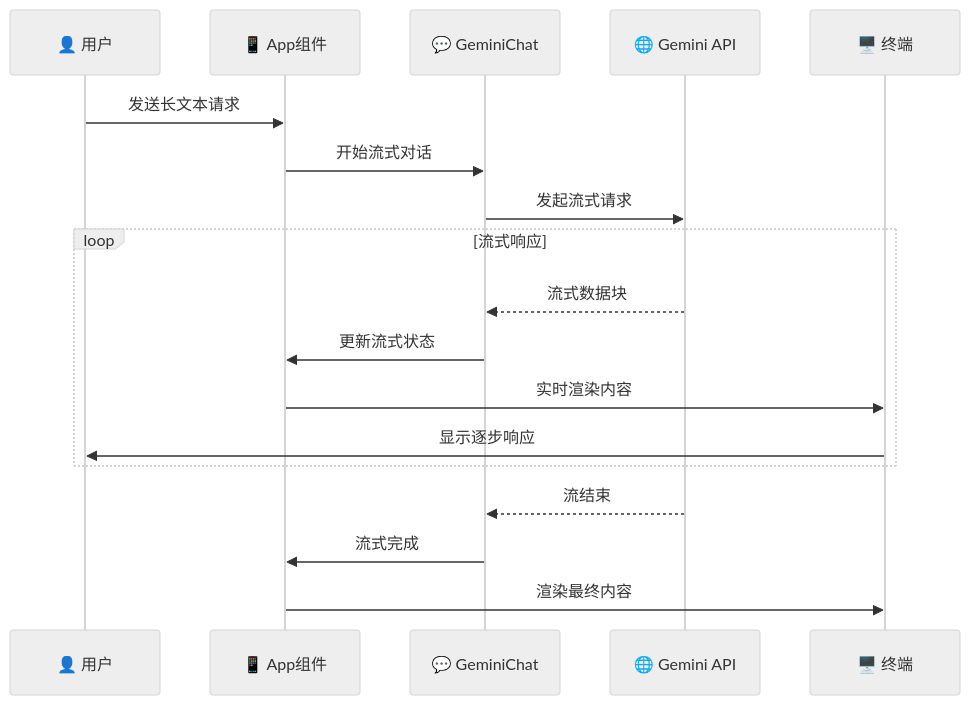
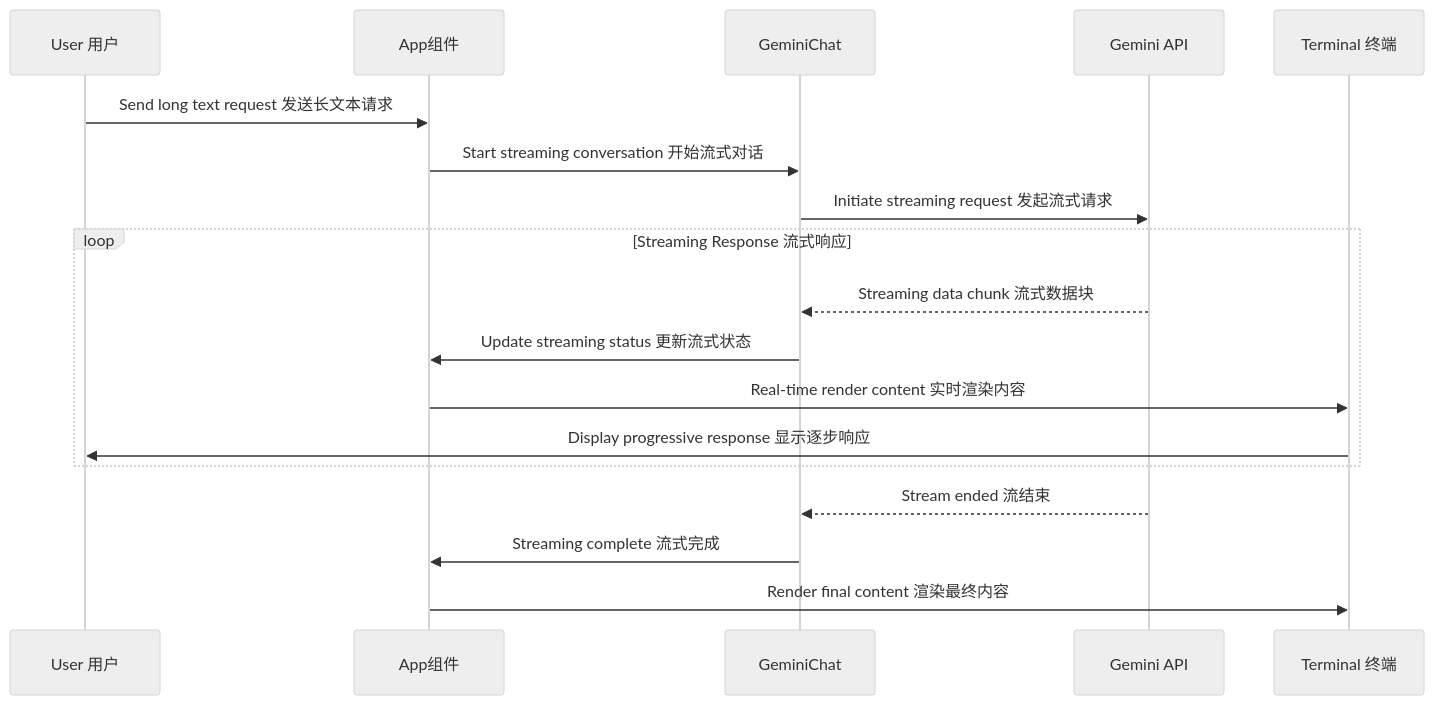
One commit to zhuangbiaowei/vitepress-ospo-writing-project changed the fifth of 6 diagrams in docs/articles/gemini-cli-user-interaction-sequence.md. Above: the diagram before and after it, drawn with Mermaid (neutral theme). The commit also changed other lines of this file and 128 other files, not shown here.

````diff
--- a/docs/articles/gemini-cli-user-interaction-sequence.md
+++ b/docs/articles/gemini-cli-user-interaction-sequence.md
@@ -185,23 +185,23 @@
 ```mermaid
 sequenceDiagram
-    participant User as 👤 用户
-    participant App as 📱 App组件
-    participant Chat as 💬 GeminiChat
-    participant GeminiAPI as 🌐 Gemini API
-    participant Terminal as 🖥️ 终端
+    participant User as User 用户
+    participant App as App组件
+    participant Chat as GeminiChat
+    participant GeminiAPI as Gemini API
+    participant Terminal as Terminal 终端
 
-    User->>App: 发送长文本请求
-    App->>Chat: 开始流式对话
-    Chat->>GeminiAPI: 发起流式请求
+    User->>App: Send long text request 发送长文本请求
+    App->>Chat: Start streaming conversation 开始流式对话
+    Chat->>GeminiAPI: Initiate streaming request 发起流式请求
     
-    loop 流式响应
-        GeminiAPI-->>Chat: 流式数据块
-        Chat->>App: 更新流式状态
-        App->>Terminal: 实时渲染内容
-        Terminal->>User: 显示逐步响应
+    loop Streaming Response 流式响应
+        GeminiAPI-->>Chat: Streaming data chunk 流式数据块
+        Chat->>App: Update streaming status 更新流式状态
+        App->>Terminal: Real-time render content 实时渲染内容
+        Terminal->>User: Display progressive response 显示逐步响应
     end
     
-    GeminiAPI-->>Chat: 流结束
-    Chat->>App: 流式完成
-    App->>Terminal: 渲染最终内容
+    GeminiAPI-->>Chat: Stream ended 流结束
+    Chat->>App: Streaming complete 流式完成
+    App->>Terminal: Render final content 渲染最终内容
 ```
````
